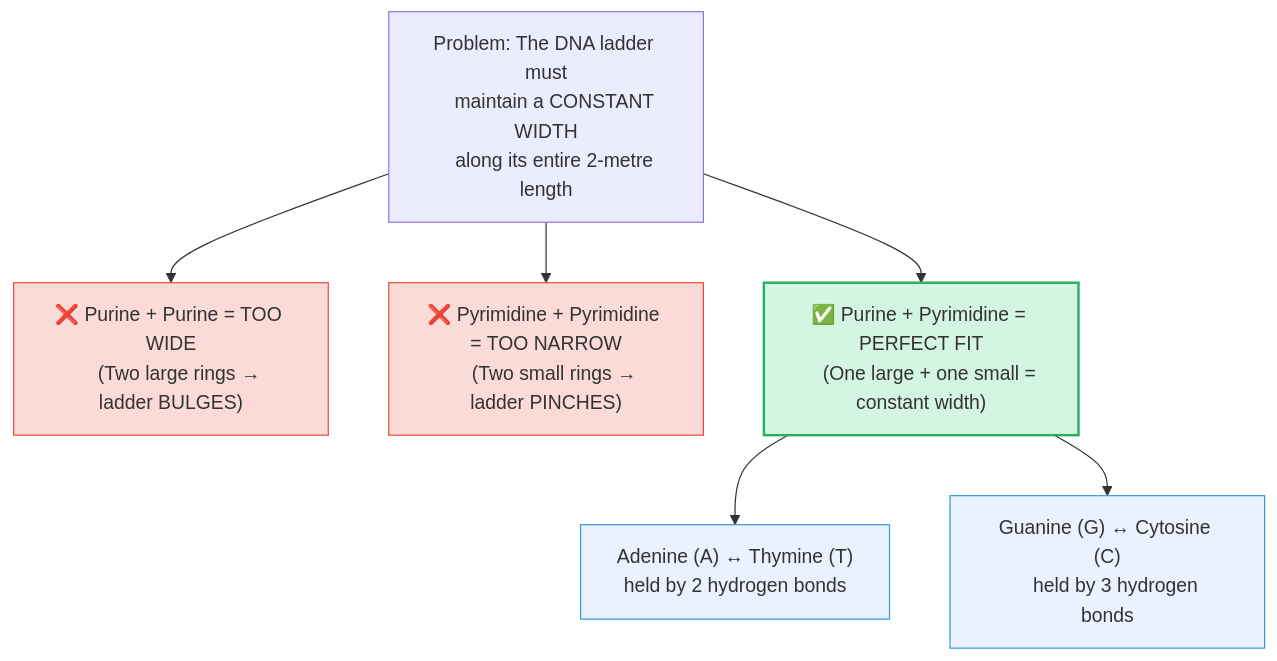
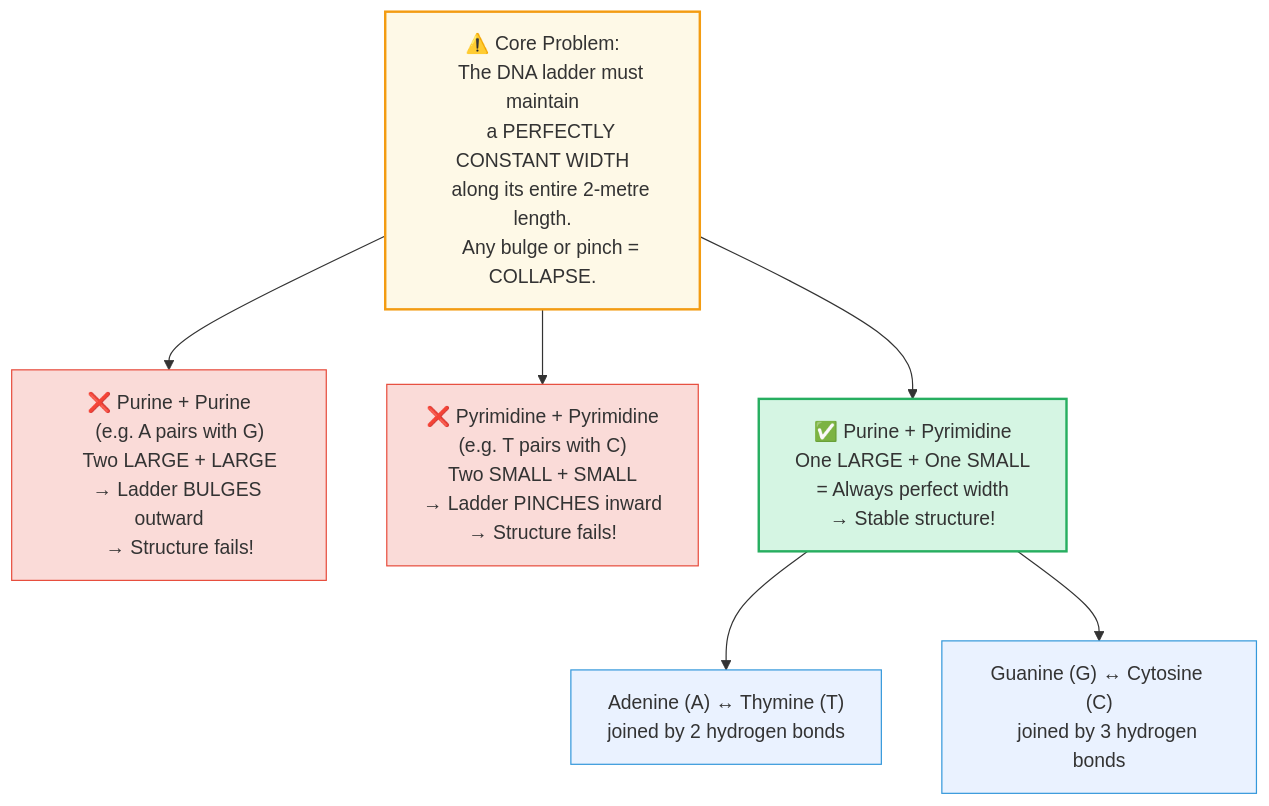
The fourth of 5 diagrams in Chapter_02_Tutorial/2.3_Structure_of_Chromosomes.md (naveengarla/icse-10th-biology), drawn with Mermaid before and after one commit. The commit also changed other lines of this file, not shown here.

````diff
--- a/Chapter_02_Tutorial/2.3_Structure_of_Chromosomes.md
+++ b/Chapter_02_Tutorial/2.3_Structure_of_Chromosomes.md
@@ -134,24 +189,37 @@
 ```mermaid
 graph TD
-    A["Problem: The DNA ladder must
-    maintain a CONSTANT WIDTH
-    along its entire 2-metre length"]
+    PROB["⚠️ Core Problem:
+    The DNA ladder must maintain
+    a PERFECTLY CONSTANT WIDTH
+    along its entire 2-metre length.
+    Any bulge or pinch = COLLAPSE."]
 
-    A --> B["❌ Purine + Purine = TOO WIDE
-    (Two large rings → ladder BULGES)"]
-    A --> C["❌ Pyrimidine + Pyrimidine = TOO NARROW
-    (Two small rings → ladder PINCHES)"]
-    A --> D["✅ Purine + Pyrimidine = PERFECT FIT
-    (One large + one small = constant width)"]
+    PROB --> BAD1["❌ Purine + Purine
+    (e.g. A pairs with G)
+    Two LARGE + LARGE
+    → Ladder BULGES outward
+    → Structure fails!"]
 
-    D --> E["Adenine (A) ↔ Thymine (T)
-    held by 2 hydrogen bonds"]
-    D --> F["Guanine (G) ↔ Cytosine (C)
-    held by 3 hydrogen bonds"]
+    PROB --> BAD2["❌ Pyrimidine + Pyrimidine
+    (e.g. T pairs with C)
+    Two SMALL + SMALL
+    → Ladder PINCHES inward
+    → Structure fails!"]
 
-    style B fill:#fadbd8,stroke:#e74c3c
-    style C fill:#fadbd8,stroke:#e74c3c
-    style D fill:#d5f5e3,stroke:#27ae60,stroke-width:2px
-    style E fill:#eaf2ff,stroke:#3498db
-    style F fill:#eaf2ff,stroke:#3498db
+    PROB --> GOOD["✅ Purine + Pyrimidine
+    One LARGE + One SMALL
+    = Always perfect width
+    → Stable structure!"]
+
+    GOOD --> PAIR1["Adenine (A) ↔ Thymine (T)
+    joined by 2 hydrogen bonds"]
+    GOOD --> PAIR2["Guanine (G) ↔ Cytosine (C)
+    joined by 3 hydrogen bonds"]
+
+    style PROB fill:#fef9e7,stroke:#f39c12,stroke-width:2px
+    style BAD1 fill:#fadbd8,stroke:#e74c3c
+    style BAD2 fill:#fadbd8,stroke:#e74c3c
+    style GOOD fill:#d5f5e3,stroke:#27ae60,stroke-width:2px
+    style PAIR1 fill:#eaf2ff,stroke:#3498db
+    style PAIR2 fill:#eaf2ff,stroke:#3498db
 ```
````
